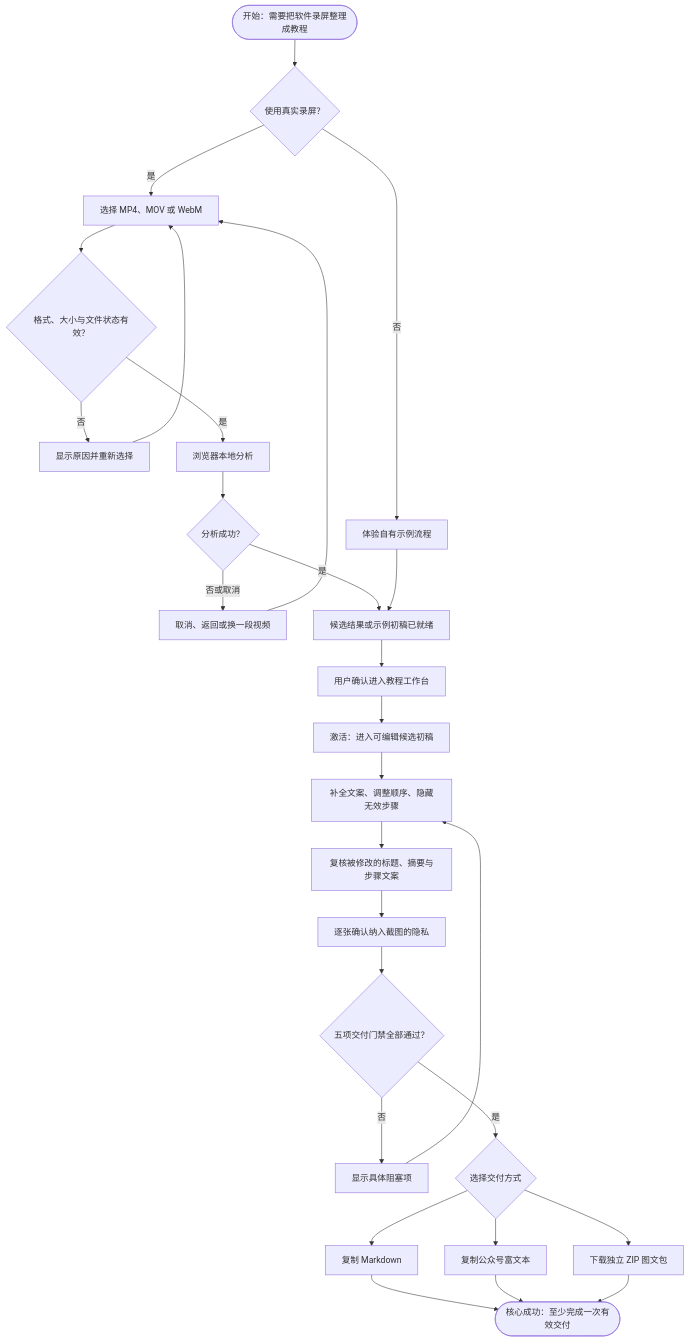
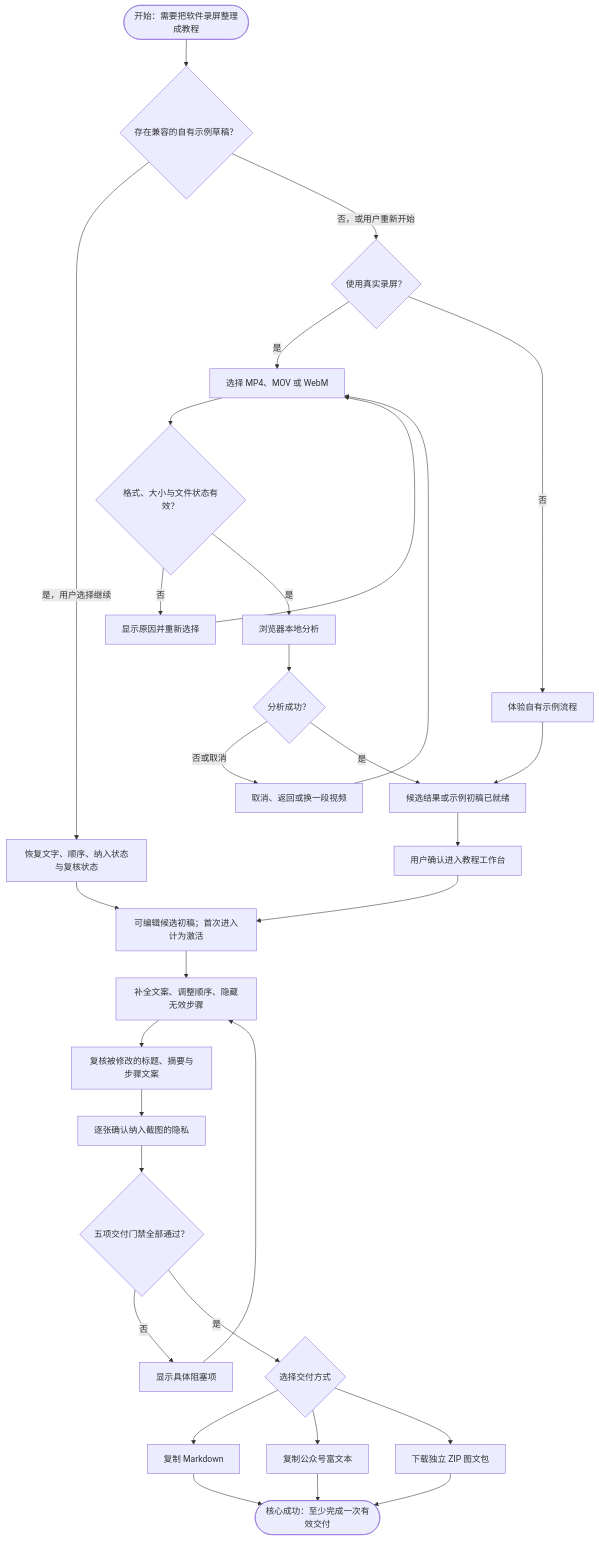
The first of 3 diagrams in docs/uml/07-product-activities-and-journeys.md (AnnCYW-cm/recnote), drawn with Mermaid before and after one commit. The commit also changed other lines of this file and 12 other files, not shown here.

Commit message:
docs: 修正产品 UML 决策闭环

````diff
--- a/docs/uml/07-product-activities-and-journeys.md
+++ b/docs/uml/07-product-activities-and-journeys.md
@@ -11,53 +11,58 @@
 ```mermaid
 flowchart TD
   Start([开始：需要把软件录屏整理成教程])
+  Resume{存在兼容的自有示例草稿？}
+  Restore[恢复文字、顺序、纳入状态与复核状态]
   Source{使用真实录屏？}
   Select[选择 MP4、MOV 或 WebM]
   Validate{格式、大小与文件状态有效？}
   Reject[显示原因并重新选择]
   Analyze[浏览器本地分析]
   AnalyzeResult{分析成功？}
   Recover[取消、返回或换一段视频]
   Demo[体验自有示例流程]
   CandidateReady[候选结果或示例初稿已就绪]
   EnterEditor[用户确认进入教程工作台]
-  Draft[激活：进入可编辑候选初稿]
+  Draft[可编辑候选初稿；首次进入计为激活]
   Organize[补全文案、调整顺序、隐藏无效步骤]
   CopyReview[复核被修改的标题、摘要与步骤文案]
   PrivacyReview[逐张确认纳入截图的隐私]
   Gate{五项交付门禁全部通过？}
   Blocked[显示具体阻塞项]
   Delivery{选择交付方式}
   Markdown[复制 Markdown]
   Rich[复制公众号富文本]
   Zip[下载独立 ZIP 图文包]
   Success([核心成功：至少完成一次有效交付])
 
-  Start --> Source
+  Start --> Resume
+  Resume -->|是，用户选择继续| Restore
+  Restore --> Draft
+  Resume -->|否，或用户重新开始| Source
   Source -->|是| Select
   Source -->|否| Demo
   Select --> Validate
   Validate -->|否| Reject
   Reject --> Select
   Validate -->|是| Analyze
   Analyze --> AnalyzeResult
   AnalyzeResult -->|否或取消| Recover
   Recover --> Select
   AnalyzeResult -->|是| CandidateReady
   Demo --> CandidateReady
   CandidateReady --> EnterEditor
   EnterEditor --> Draft
   Draft --> Organize
   Organize --> CopyReview
   CopyReview --> PrivacyReview
   PrivacyReview --> Gate
   Gate -->|否| Blocked
   Blocked --> Organize
   Gate -->|是| Delivery
   Delivery --> Markdown
   Delivery --> Rich
   Delivery --> Zip
   Markdown --> Success
   Rich --> Success
   Zip --> Success
 ```
````
